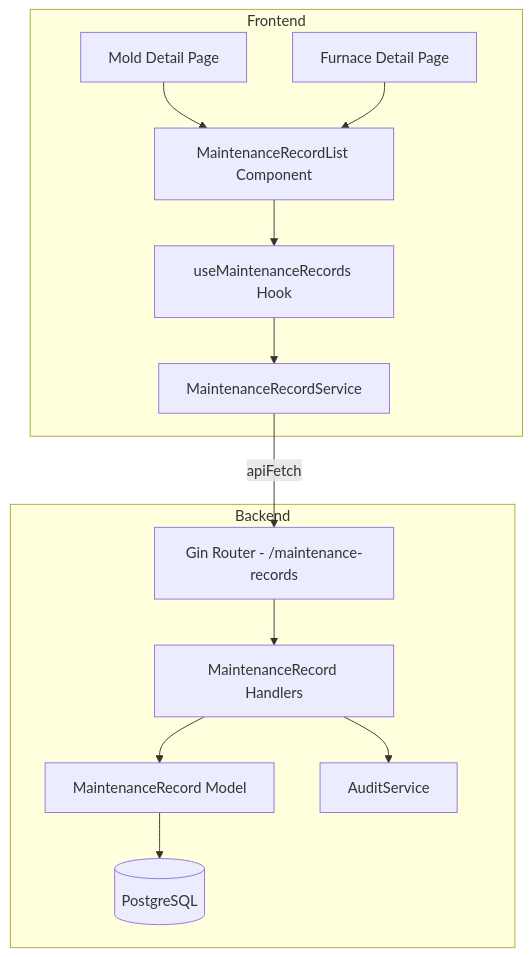
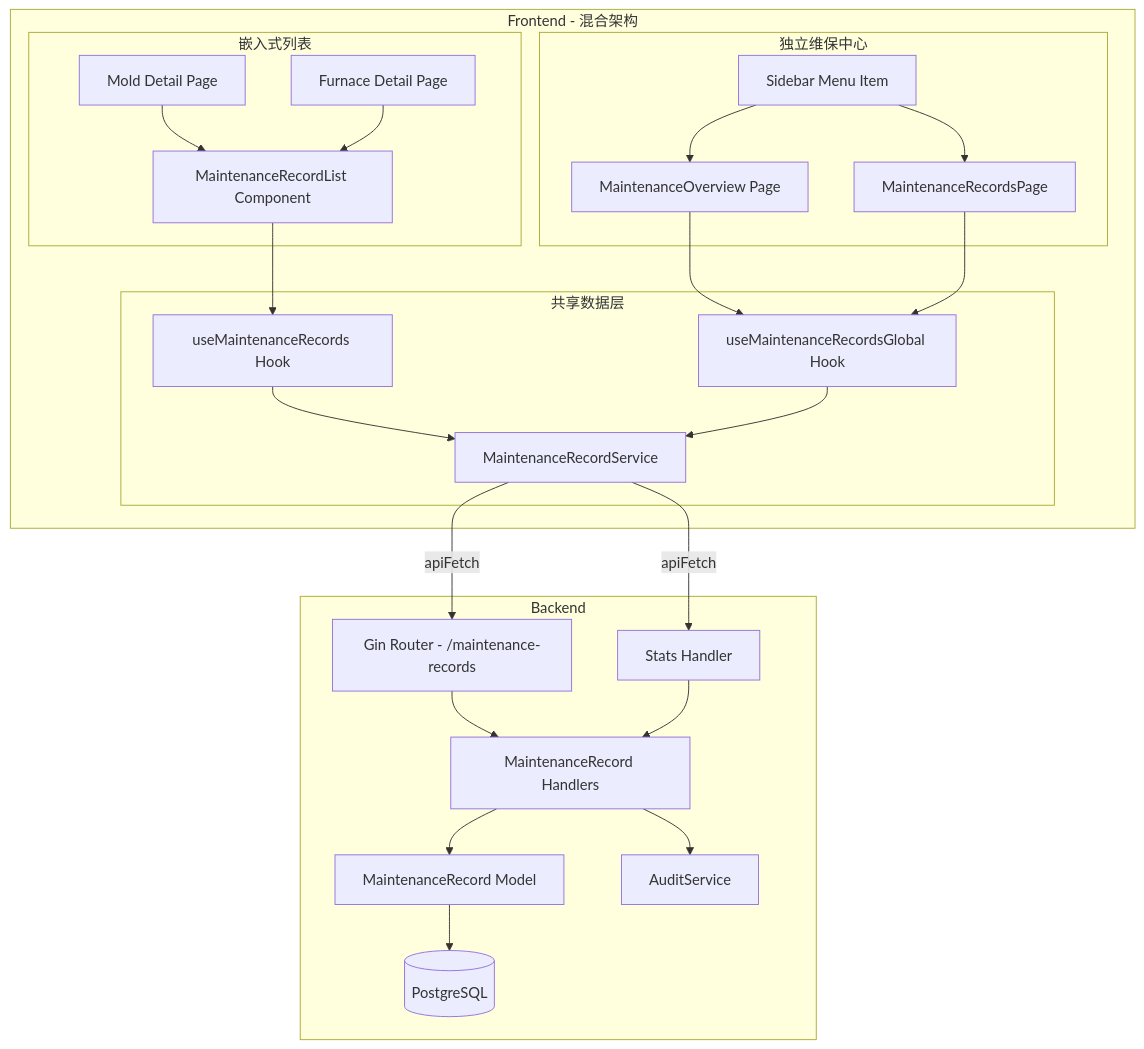
Before and after one commit to tanzanite2025/erp-mes-crm-plm: the first of 5 diagrams in .kiro/specs/equipment-maintenance/design.md, drawn with Mermaid. The commit also changed other lines of this file and 14 other files, not shown here.

````diff
--- a/.kiro/specs/equipment-maintenance/design.md
+++ b/.kiro/specs/equipment-maintenance/design.md
@@ -11,28 +15,50 @@
 ```mermaid
 graph TD
-    subgraph Frontend
-        MoldDetail[Mold Detail Page]
-        FurnaceDetail[Furnace Detail Page]
-        MRL[MaintenanceRecordList Component]
-        MRS[MaintenanceRecordService]
-        Hook[useMaintenanceRecords Hook]
+    subgraph Frontend["Frontend - 混合架构"]
+        subgraph Embedded["嵌入式列表"]
+            MoldDetail[Mold Detail Page]
+            FurnaceDetail[Furnace Detail Page]
+            MRL[MaintenanceRecordList Component]
+        end
+        
+        subgraph Independent["独立维保中心"]
+            Overview[MaintenanceOverview Page]
+            RecordsPage[MaintenanceRecordsPage]
+            Sidebar[Sidebar Menu Item]
+        end
+        
+        subgraph Shared["共享数据层"]
+            MRS[MaintenanceRecordService]
+            Hook[useMaintenanceRecords Hook]
+            HookGlobal[useMaintenanceRecordsGlobal Hook]
+        end
     end
 
     subgraph Backend
         Router[Gin Router - /maintenance-records]
         Handler[MaintenanceRecord Handlers]
+        StatsHandler[Stats Handler]
         Model[MaintenanceRecord Model]
         AuditSvc[AuditService]
         DB[(PostgreSQL)]
     end
 
     MoldDetail --> MRL
     FurnaceDetail --> MRL
     MRL --> Hook
+    
+    Sidebar --> Overview
+    Sidebar --> RecordsPage
+    Overview --> HookGlobal
+    RecordsPage --> HookGlobal
+    
     Hook --> MRS
+    HookGlobal --> MRS
     MRS -->|apiFetch| Router
+    MRS -->|apiFetch| StatsHandler
     Router --> Handler
+    StatsHandler --> Handler
     Handler --> Model
     Handler --> AuditSvc
     Model --> DB
 ```
````
